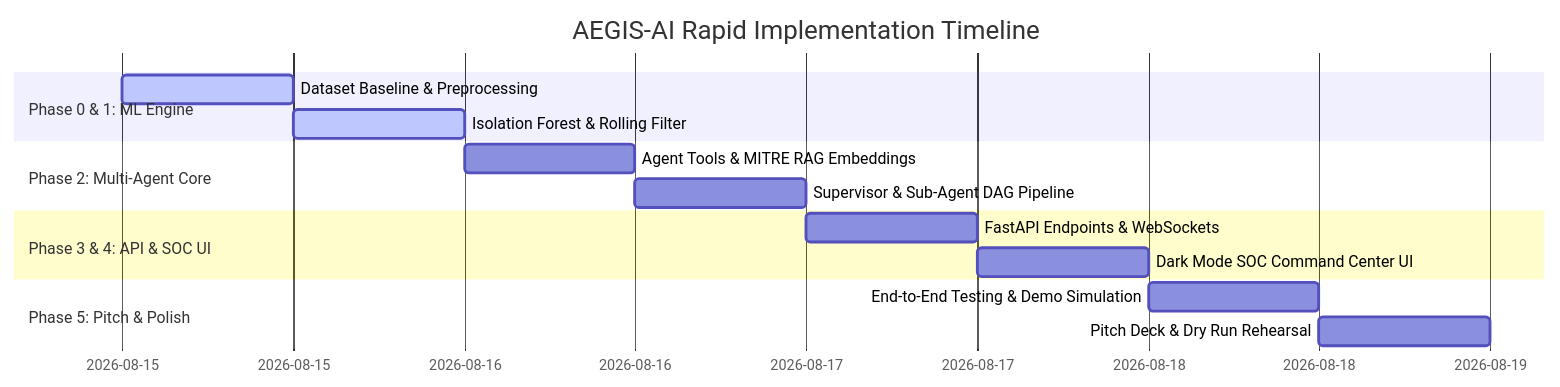
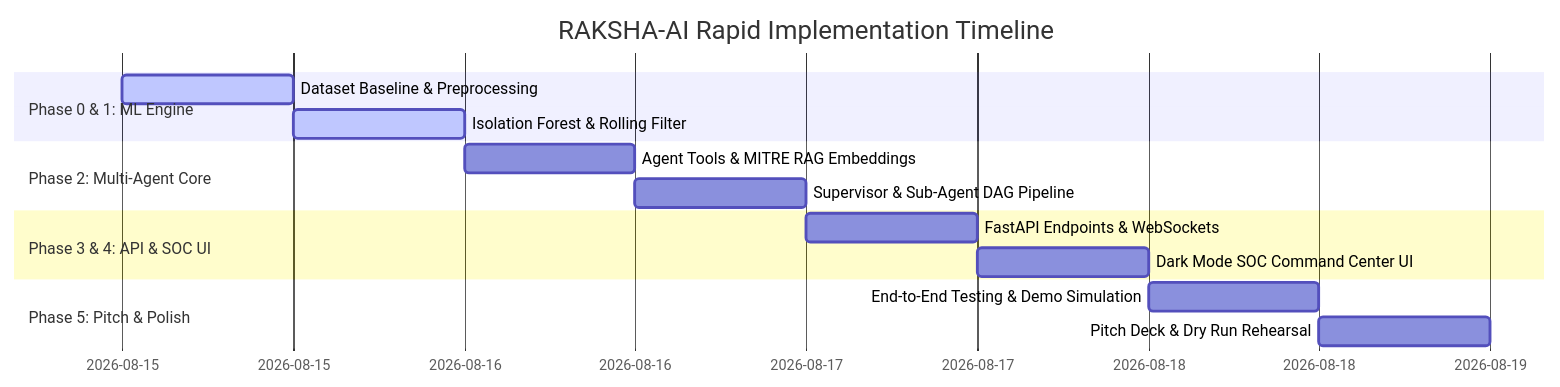
The diagram in phases.md (hotshot0104/Aegis.ai), drawn with Mermaid before and after one commit. The commit also changed other lines of this file and 115 other files, not shown here.

````diff
--- a/phases.md
+++ b/phases.md
@@ -11,17 +11,17 @@
 ```mermaid
 gantt
-    title AEGIS-AI Rapid Implementation Timeline
+    title RAKSHA-AI Rapid Implementation Timeline
     dateFormat  YYYY-MM-DD
     section Phase 0 & 1: ML Engine
     Dataset Baseline & Preprocessing     :active, p0, 2026-08-15, 12h
     Isolation Forest & Rolling Filter    :active, p1, after p0, 12h
     section Phase 2: Multi-Agent Core
     Agent Tools & MITRE RAG Embeddings  :p2a, 2026-08-16, 12h
     Supervisor & Sub-Agent DAG Pipeline :p2b, after p2a, 12h
     section Phase 3 & 4: API & SOC UI
     FastAPI Endpoints & WebSockets      :p3, 2026-08-17, 12h
     Dark Mode SOC Command Center UI     :p4, after p3, 12h
     section Phase 5: Pitch & Polish
     End-to-End Testing & Demo Simulation:p5a, 2026-08-18, 12h
     Pitch Deck & Dry Run Rehearsal      :p5b, after p5a, 12h
 ```
````
